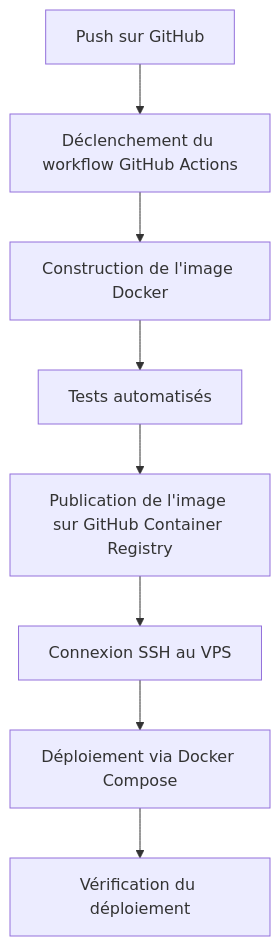
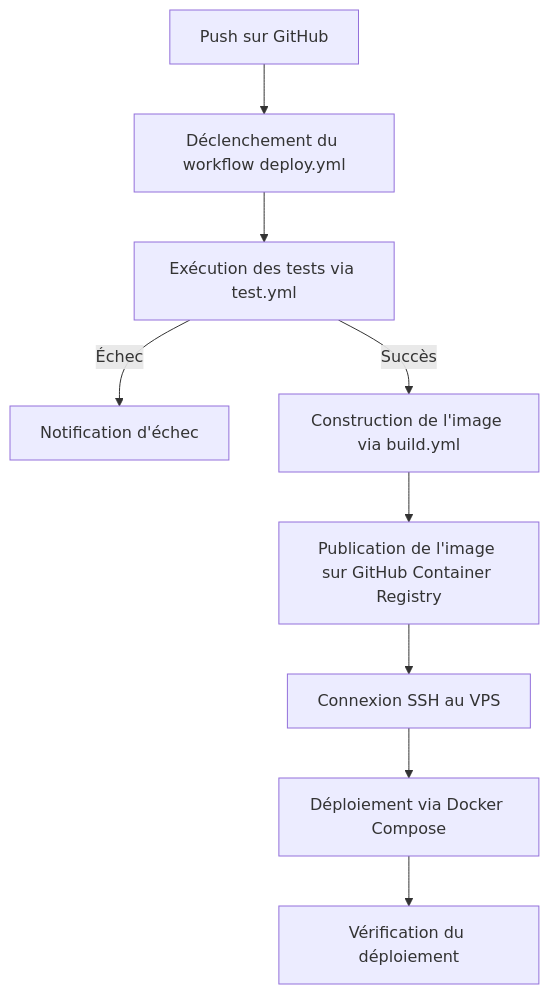
One commit to thibaud57/techno-scraper changed the third of 3 diagrams in architecture.md. Above: the diagram before and after it, drawn with Mermaid. The commit also changed other lines of this file and 2 other files, not shown here.

````diff
--- a/architecture.md
+++ b/architecture.md
@@ -152,10 +171,11 @@
 ```mermaid
 flowchart TD
-    A[Push sur GitHub] --> B[Déclenchement du workflow GitHub Actions]
-    B --> C[Construction de l'image Docker]
-    C --> D[Tests automatisés]
-    D --> E[Publication de l'image sur GitHub Container Registry]
-    E --> F[Connexion SSH au VPS]
-    F --> G[Déploiement via Docker Compose]
-    G --> H[Vérification du déploiement]
+    A[Push sur GitHub] --> B[Déclenchement du workflow deploy.yml]
+    B --> C[Exécution des tests via test.yml]
+    C -->|Échec| D[Notification d'échec]
+    C -->|Succès| E[Construction de l'image via build.yml]
+    E --> F[Publication de l'image sur GitHub Container Registry]
+    F --> G[Connexion SSH au VPS]
+    G --> H[Déploiement via Docker Compose]
+    H --> I[Vérification du déploiement]
 ```
````
